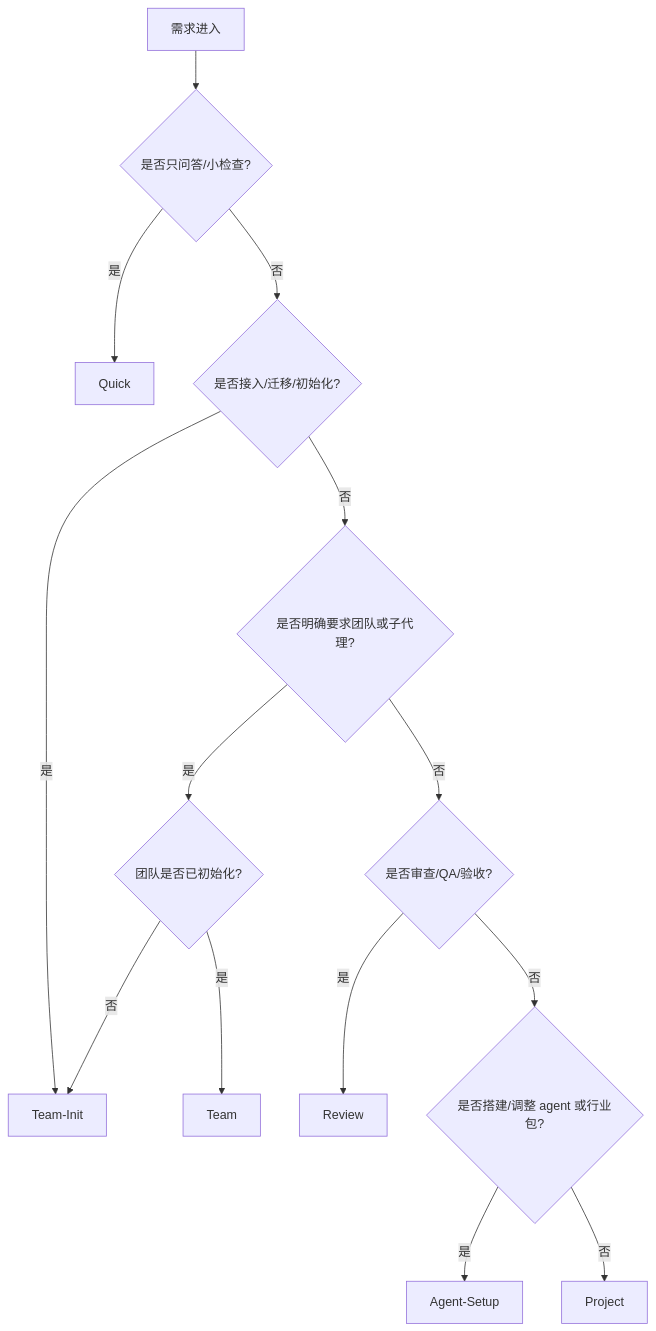
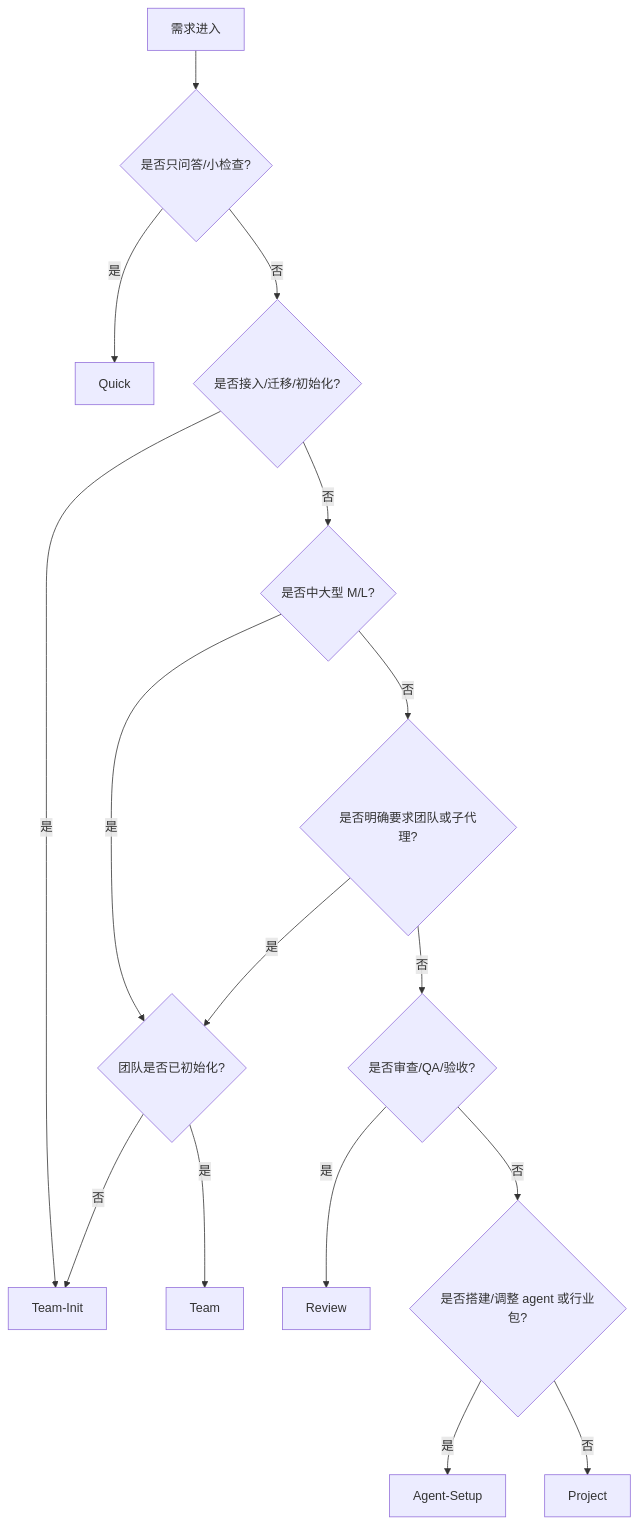
One commit to ZainDarcy/codex-team-kit-router changed the diagram in Docs/02-执行/工程结构与文档路由.md. Above: the diagram before and after it, drawn with Mermaid. The commit also changed other lines of this file and 9 other files, not shown here.

````diff
--- a/Docs/02-执行/工程结构与文档路由.md
+++ b/Docs/02-执行/工程结构与文档路由.md
@@ -41,16 +43,18 @@
 ```mermaid
 flowchart TD
     A["需求进入"] --> B{"是否只问答/小检查?"}
     B -->|"是"| Q["Quick"]
     B -->|"否"| C{"是否接入/迁移/初始化?"}
     C -->|"是"| I["Team-Init"]
-    C -->|"否"| D{"是否明确要求团队或子代理?"}
+    C -->|"否"| M{"是否中大型 M/L?"}
+    M -->|"是"| E
+    M -->|"否"| D{"是否明确要求团队或子代理?"}
     D -->|"是"| E{"团队是否已初始化?"}
     E -->|"否"| I
     E -->|"是"| T["Team"]
     D -->|"否"| F{"是否审查/QA/验收?"}
     F -->|"是"| R["Review"]
     F -->|"否"| G{"是否搭建/调整 agent 或行业包?"}
     G -->|"是"| S["Agent-Setup"]
     G -->|"否"| P["Project"]
 ```
````
